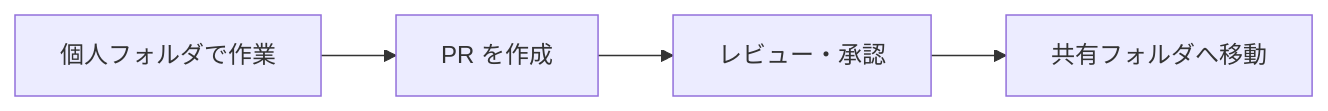
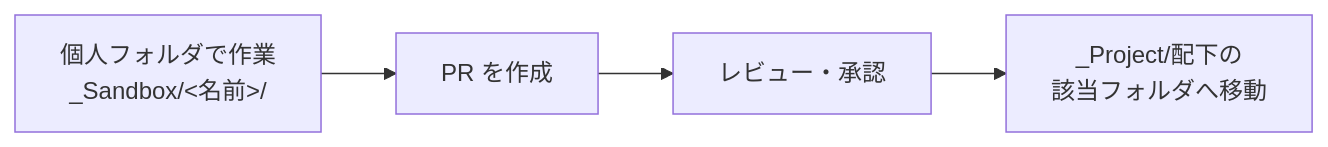
One commit to yuzu00117/2026_MS_418 changed the diagram in docs/coding-rules.md. Above: the diagram before and after it, drawn with Mermaid. The commit also changed other lines of this file and 2 other files, not shown here.

````diff
--- a/docs/coding-rules.md
+++ b/docs/coding-rules.md
@@ -104,6 +115,6 @@
 ```mermaid
 flowchart LR
-    A[個人フォルダで作業] --> B[PR を作成]
+    A[個人フォルダで作業<br/>_Sandbox/&lt;名前&gt;/] --> B[PR を作成]
     B --> C[レビュー・承認]
-    C --> D[共有フォルダへ移動]
+    C --> D[_Project/配下の<br/>該当フォルダへ移動]
 ```
````
